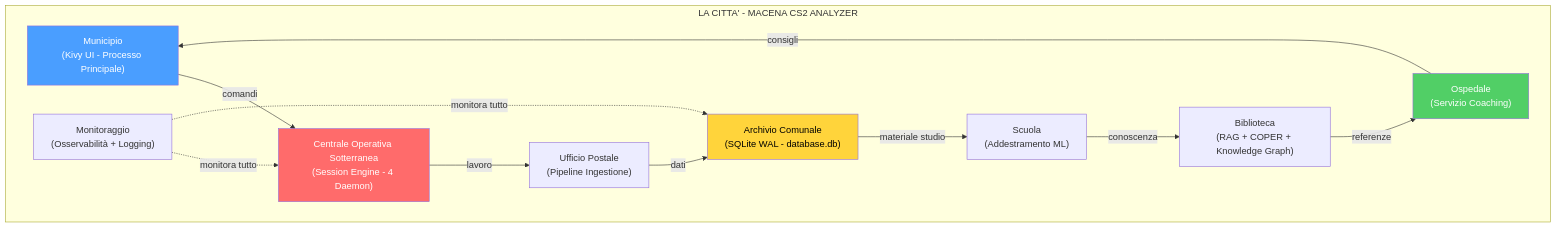
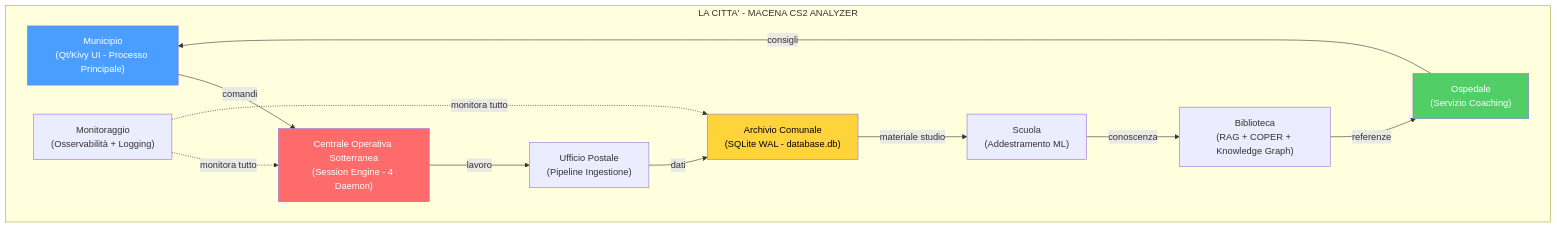
The ninth of 55 diagrams in docs/Book-Coach-3.md (renanaugustomacena-ux/Counter-Strike-coach-AI), drawn with Mermaid before and after one commit. The commit also changed other lines of this file and 1 other file, not shown here.

````diff
--- a/docs/Book-Coach-3.md
+++ b/docs/Book-Coach-3.md
@@ -530,26 +552,26 @@
 ```mermaid
 flowchart TB
     subgraph CITY["LA CITTA' - MACENA CS2 ANALYZER"]
-        MUNI["Municipio<br/>(Kivy UI - Processo Principale)"]
+        MUNI["Municipio<br/>(Qt/Kivy UI - Processo Principale)"]
         CENT["Centrale Operativa Sotterranea<br/>(Session Engine - 4 Daemon)"]
         ARCH["Archivio Comunale<br/>(SQLite WAL - database.db)"]
         POST["Ufficio Postale<br/>(Pipeline Ingestione)"]
         SCUOLA["Scuola<br/>(Addestramento ML)"]
         BIB["Biblioteca<br/>(RAG + COPER + Knowledge Graph)"]
         OSP["Ospedale<br/>(Servizio Coaching)"]
         MON["Monitoraggio<br/>(Osservabilità + Logging)"]
     end
     MUNI -->|"comandi"| CENT
     CENT -->|"lavoro"| POST
     POST -->|"dati"| ARCH
     ARCH -->|"materiale studio"| SCUOLA
     SCUOLA -->|"conoscenza"| BIB
     BIB -->|"referenze"| OSP
     OSP -->|"consigli"| MUNI
     MON -.->|"monitora tutto"| CENT
     MON -.->|"monitora tutto"| ARCH
     style MUNI fill:#4a9eff,color:#fff
     style CENT fill:#ff6b6b,color:#fff
     style ARCH fill:#ffd43b,color:#000
     style OSP fill:#51cf66,color:#fff
 ```
````
